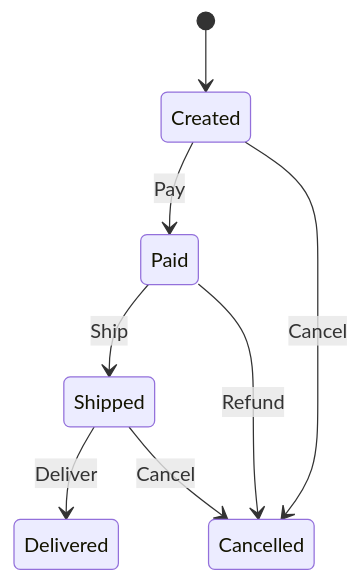
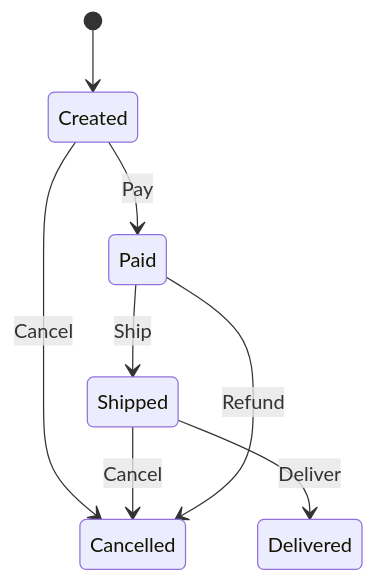
The diagram in examples/docs/order_state_machine.mermaid (kookyleo/yasm), drawn with Mermaid before and after one commit. The commit also changed other lines of this file and 8 other files, not shown here.

```diff
--- a/examples/docs/order_state_machine.mermaid
+++ b/examples/docs/order_state_machine.mermaid
@@ -1,8 +1,8 @@
 stateDiagram-v2
     [*] --> Created
+    Created --> Cancelled : Cancel
+    Shipped --> Delivered : Deliver
+    Paid --> Shipped : Ship
+    Shipped --> Cancelled : Cancel
+    Paid --> Cancelled : Refund
     Created --> Paid : Pay
-    Created --> Cancelled : Cancel
-    Paid --> Shipped : Ship
-    Shipped --> Delivered : Deliver
-    Paid --> Cancelled : Refund
-    Shipped --> Cancelled : Cancel
```
